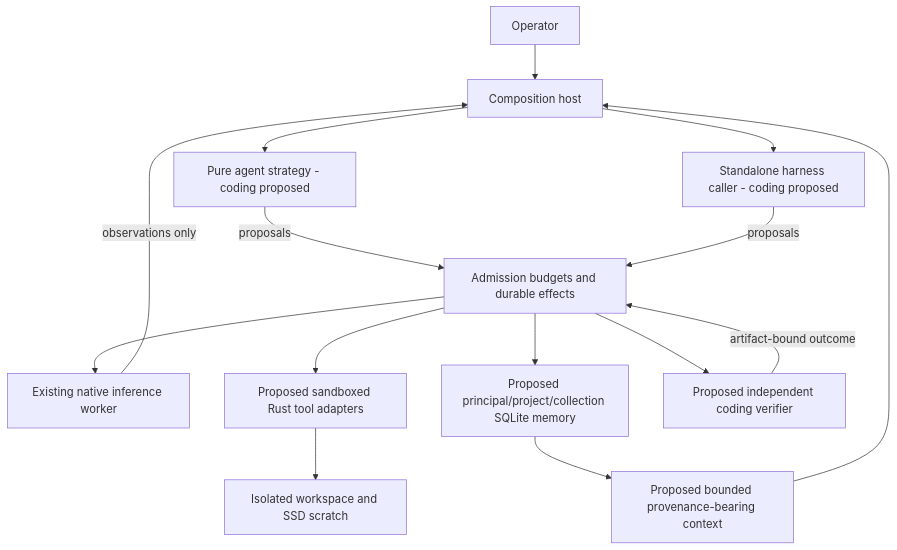
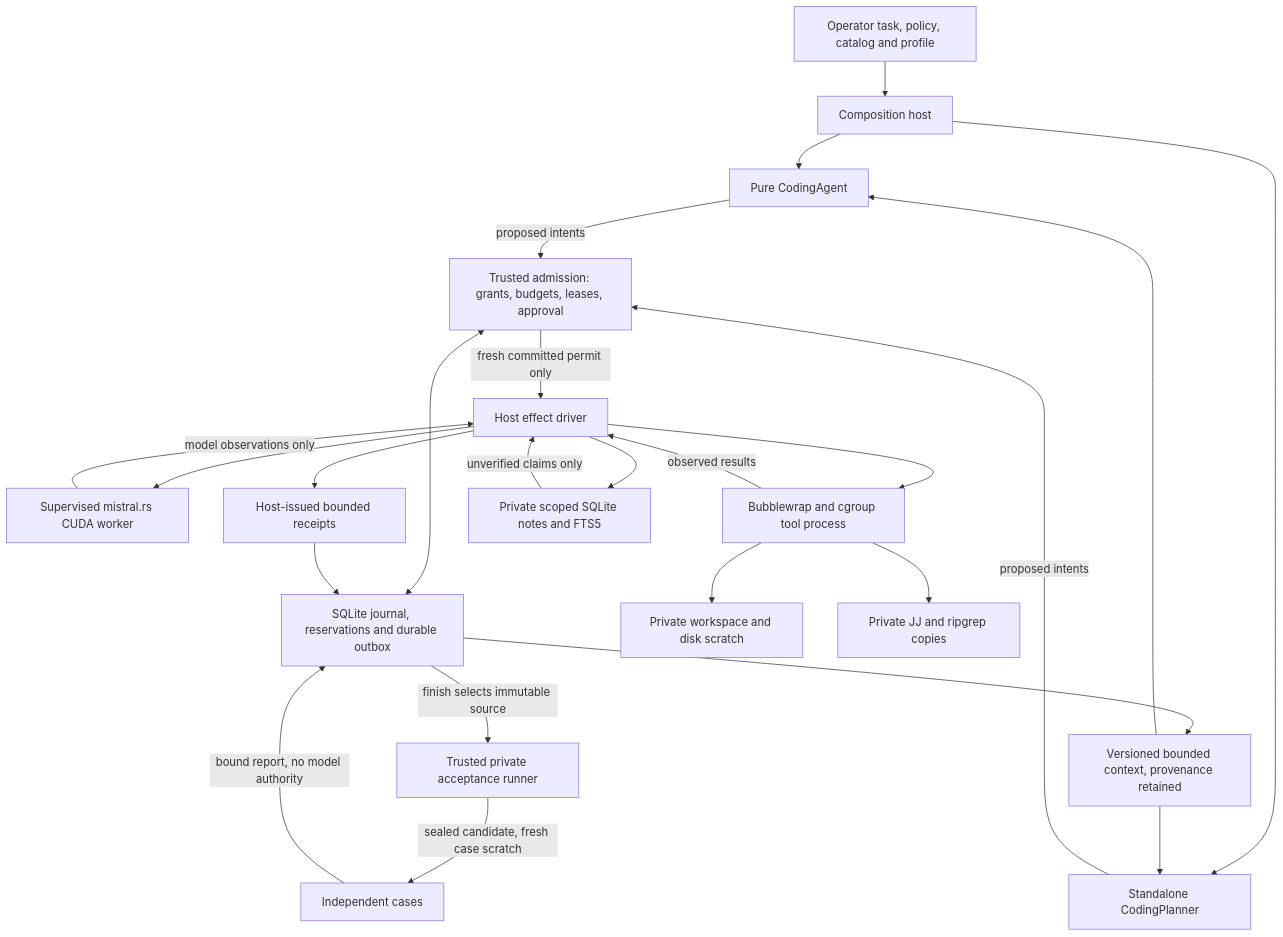
One commit to kmosoti/Metron changed the diagram in docs/adr/0022-alpha1-coding-and-memory.md. Above: the diagram before and after it, drawn with Mermaid. The commit also changed other lines of this file and 29 other files, not shown here.

First line of the commit message:
fix(inference): preserve LFM3 native tool token semantics

````diff
--- a/docs/adr/0022-alpha1-coding-and-memory.md
+++ b/docs/adr/0022-alpha1-coding-and-memory.md
@@ -33,17 +34,26 @@
 ```mermaid
 flowchart TB
-    Operator[Operator] --> Host[Composition host]
-    Host --> Agent[Pure agent strategy - coding proposed]
-    Host --> Caller[Standalone harness caller - coding proposed]
-    Agent -->|proposals| Harness[Admission budgets and durable effects]
-    Caller -->|proposals| Harness
-    Harness --> Worker[Existing native inference worker]
-    Worker -->|observations only| Host
-    Harness --> Tools[Proposed sandboxed Rust tool adapters]
-    Tools --> Workspace[Isolated workspace and SSD scratch]
-    Harness --> Memory[Proposed principal/project/collection SQLite memory]
-    Memory --> Context[Proposed bounded provenance-bearing context]
-    Context --> Host
-    Harness --> Verifier[Proposed independent coding verifier]
-    Verifier -->|artifact-bound outcome| Harness
+    Operator[Operator task, policy, catalog and profile] --> Host[Composition host]
+    Host --> Agent[Pure CodingAgent]
+    Host --> Caller[Standalone CodingPlanner]
+    Agent -->|proposed intents| Admission[Trusted admission: grants, budgets, leases, approval]
+    Caller -->|proposed intents| Admission
+    Admission <--> Store[SQLite journal, reservations and durable outbox]
+    Admission -->|fresh committed permit only| Effects[Host effect driver]
+    Effects --> Worker[Supervised mistral.rs CUDA worker]
+    Worker -->|model observations only| Effects
+    Effects --> Receipts[Host-issued bounded receipts]
+    Effects --> Tools[Bubblewrap and cgroup tool process]
+    Tools --> Workspace[Private workspace and disk scratch]
+    Tools --> Copies[Private JJ and ripgrep copies]
+    Effects --> Memory[Private scoped SQLite notes and FTS5]
+    Memory -->|unverified claims only| Effects
+    Tools -->|observed results| Effects
+    Receipts --> Store
+    Store --> Context[Versioned bounded context, provenance retained]
+    Context --> Agent
+    Context --> Caller
+    Store -->|finish selects immutable source| Verifier[Trusted private acceptance runner]
+    Verifier -->|sealed candidate, fresh case scratch| Grade[Independent cases]
+    Grade -->|bound report, no model authority| Store
 ```
````
